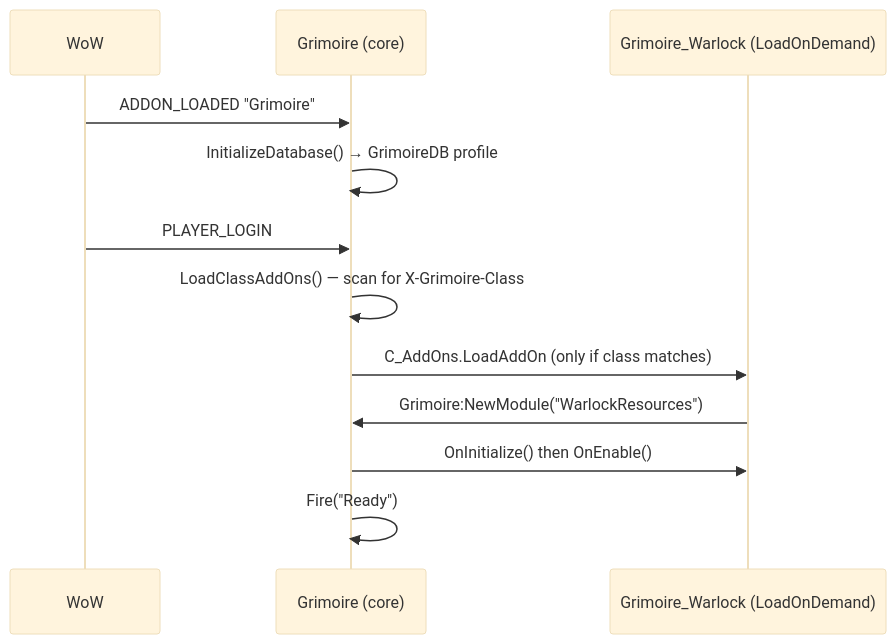
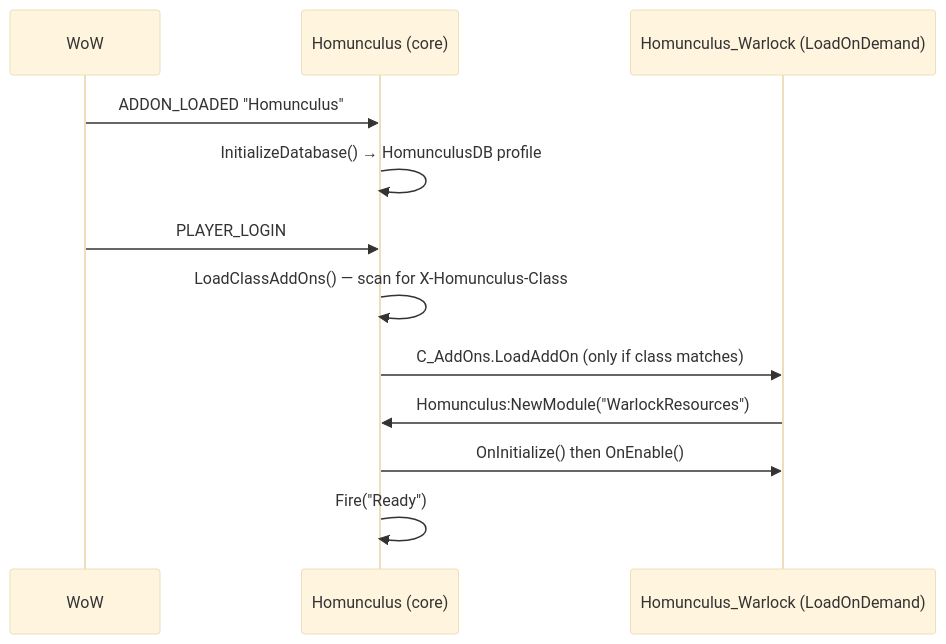
One commit to PhillypHenning/grimoire changed the second of 4 diagrams in docs/features/core/README.md. Above: the diagram before and after it, drawn with Mermaid (base theme). The commit also changed other lines of this file and 178 other files, not shown here.

First line of the commit message:
Rename the suite from Grimoire to Homunculus (ADR 0010)

````diff
--- a/docs/features/core/README.md
+++ b/docs/features/core/README.md
@@ -36,14 +36,14 @@
 ```mermaid
 sequenceDiagram
     participant WoW
-    participant Core as Grimoire (core)
-    participant Class as Grimoire_Warlock (LoadOnDemand)
-    WoW->>Core: ADDON_LOADED "Grimoire"
-    Core->>Core: InitializeDatabase() → GrimoireDB profile
+    participant Core as Homunculus (core)
+    participant Class as Homunculus_Warlock (LoadOnDemand)
+    WoW->>Core: ADDON_LOADED "Homunculus"
+    Core->>Core: InitializeDatabase() → HomunculusDB profile
     WoW->>Core: PLAYER_LOGIN
-    Core->>Core: LoadClassAddOns() — scan for X-Grimoire-Class
+    Core->>Core: LoadClassAddOns() — scan for X-Homunculus-Class
     Core->>Class: C_AddOns.LoadAddOn (only if class matches)
-    Class->>Core: Grimoire:NewModule("WarlockResources")
+    Class->>Core: Homunculus:NewModule("WarlockResources")
     Core->>Class: OnInitialize() then OnEnable()
     Core->>Core: Fire("Ready")
 ```
````
